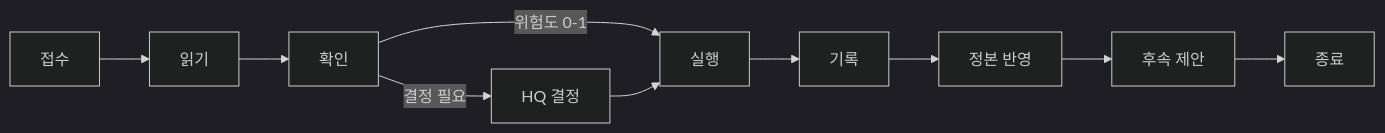
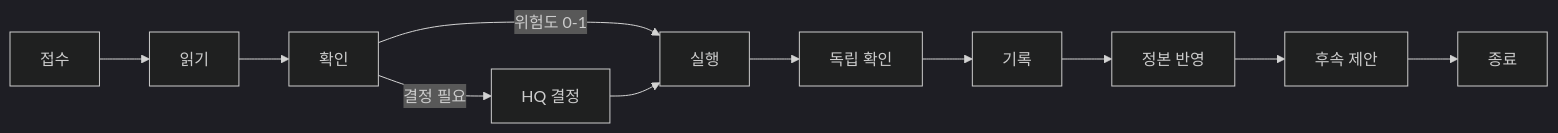
One commit to jinwoongkwak/AGENT_NODE_GOVERNANCE changed the diagram in AI/README.md. Above: the diagram before and after it, drawn with Mermaid (dark theme). The commit also changed other lines of this file and 42 other files, not shown here.

````diff
--- a/AI/README.md
+++ b/AI/README.md
@@ -55,12 +55,13 @@
 ```mermaid
 flowchart LR
     A["접수"] --> B["읽기"]
     B --> C["확인"]
     C -->|위험도 0-1| D["실행"]
     C -->|결정 필요| H["HQ 결정"]
     H --> D
-    D --> E["기록"]
+    D --> I["독립 확인"]
+    I --> E["기록"]
     E --> F["정본 반영"]
     F --> G["후속 제안"]
     G --> Z["종료"]
 ```
````
